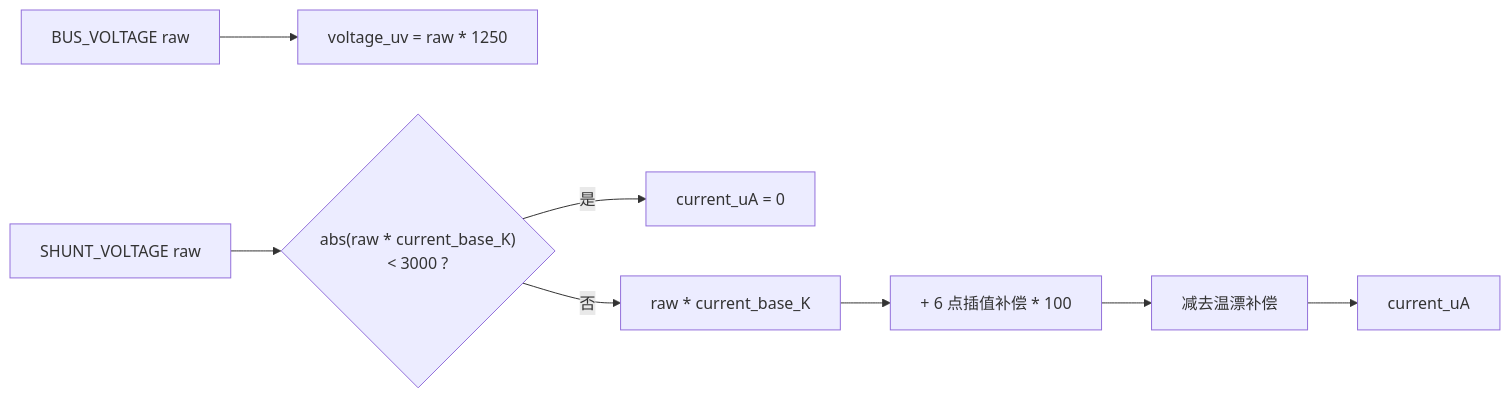
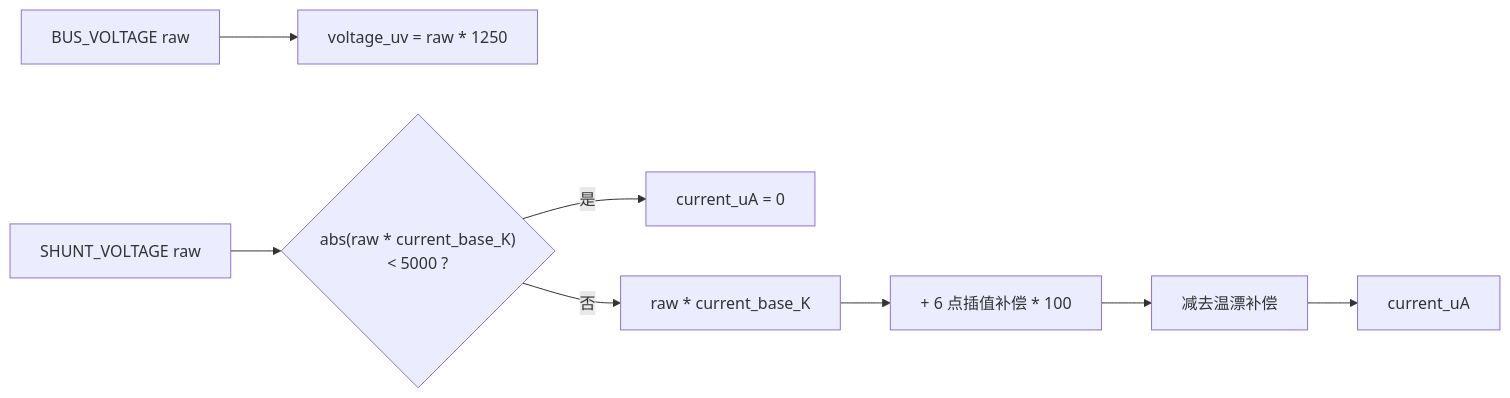
Before and after one commit to qingmeijiupiao/Wireless_power_meter_lite: the third of 4 diagrams in main/ulp_app/README.md, drawn with Mermaid. The commit also changed 2 other files, not shown here.

Commit message:
FIX：修复ulp变量命名错误

````diff
--- a/main/ulp_app/README.md
+++ b/main/ulp_app/README.md
@@ -61,10 +61,10 @@
 ```mermaid
 flowchart LR
     VRaw["BUS_VOLTAGE raw"] --> V["voltage_uv = raw * 1250"]
-    IRaw["SHUNT_VOLTAGE raw"] --> Dead{"abs(raw * current_base_K)<br/>< 3000 ?"}
+    IRaw["SHUNT_VOLTAGE raw"] --> Dead{"abs(raw * current_base_K)<br/>< 5000 ?"}
     Dead -->|是| Zero["current_uA = 0"]
     Dead -->|否| Base["raw * current_base_K"]
     Base --> Interp["+ 6 点插值补偿 * 100"]
     Interp --> Temp["减去温漂补偿"]
     Temp --> Current["current_uA"]
 ```
````
